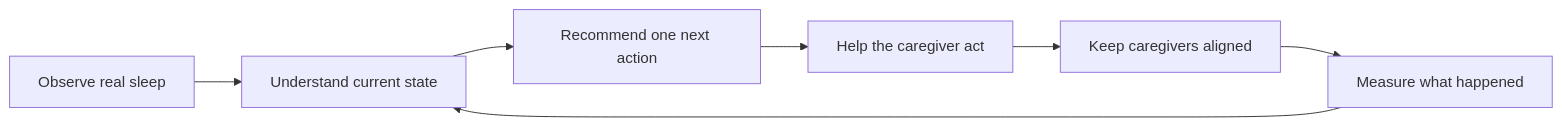
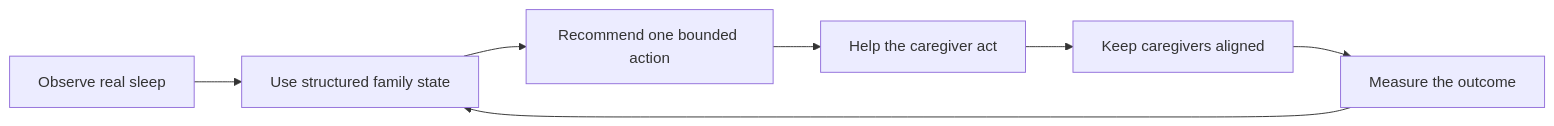
One commit to nospoon5/somni changed the diagram in docs/somni_vs_chatgpt.md. Above: the diagram before and after it, drawn with Mermaid. The commit also changed other lines of this file and 177 other files, not shown here.

````diff
--- a/docs/somni_vs_chatgpt.md
+++ b/docs/somni_vs_chatgpt.md
@@ -26,9 +39,9 @@
 ```mermaid
 flowchart LR
-    A["Observe real sleep"] --> B["Understand current state"]
-    B --> C["Recommend one next action"]
+    A["Observe real sleep"] --> B["Use structured family state"]
+    B --> C["Recommend one bounded action"]
     C --> D["Help the caregiver act"]
     D --> E["Keep caregivers aligned"]
-    E --> F["Measure what happened"]
+    E --> F["Measure the outcome"]
     F --> B
 ```
````
